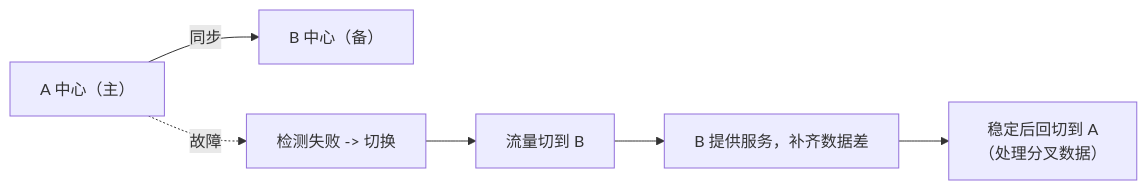
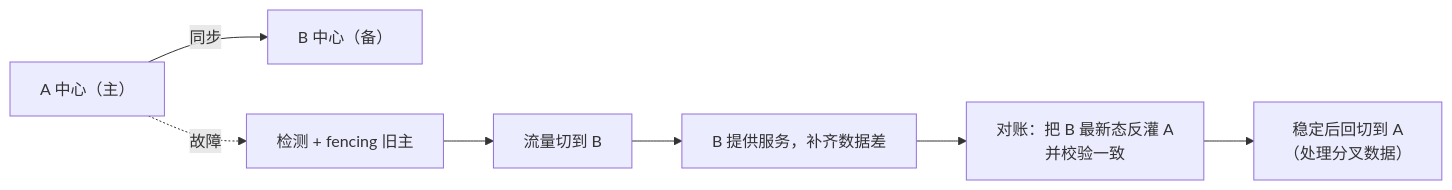
One commit to Loadhao/ascension changed the third of 3 diagrams in src/content/docs/distributed/advanced/availability/01-dr-multi-active.md. Above: the diagram before and after it, drawn with Mermaid. The commit also changed other lines of this file and 4 other files, not shown here.

````diff
--- a/src/content/docs/distributed/advanced/availability/01-dr-multi-active.md
+++ b/src/content/docs/distributed/advanced/availability/01-dr-multi-active.md
@@ -49,8 +92,9 @@
 ```mermaid
 flowchart LR
     A["A 中心（主）"] -- "同步" --> B["B 中心（备）"]
-    A -. "故障" .-> X["检测失败 -> 切换"]
+    A -. "故障" .-> X["检测 + fencing 旧主"]
     X --> C["流量切到 B"]
     C --> D["B 提供服务，补齐数据差"]
-    D --> E["稳定后回切到 A<br/>（处理分叉数据）"]
+    D --> E["对账：把 B 最新态反灌 A<br/>并校验一致"]
+    E --> F["稳定后回切到 A<br/>（处理分叉数据）"]
 ```
````
